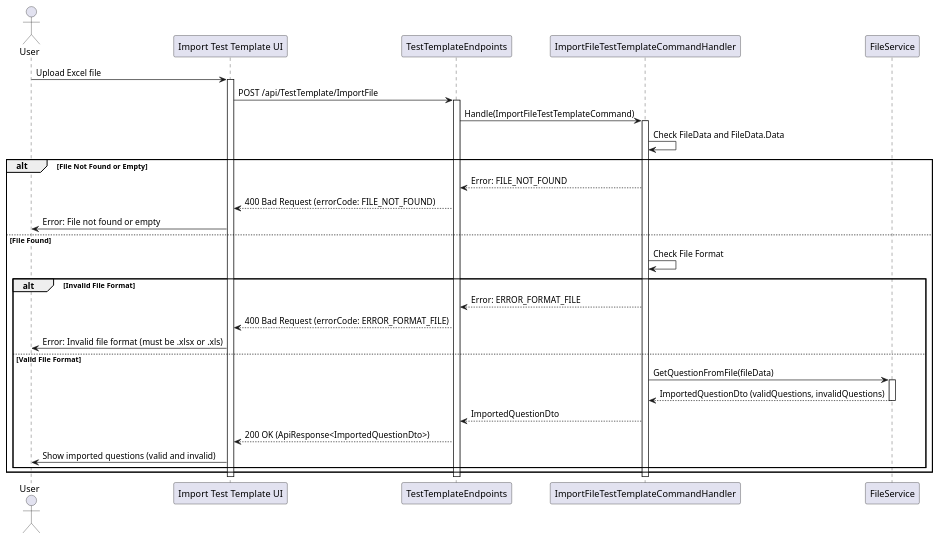
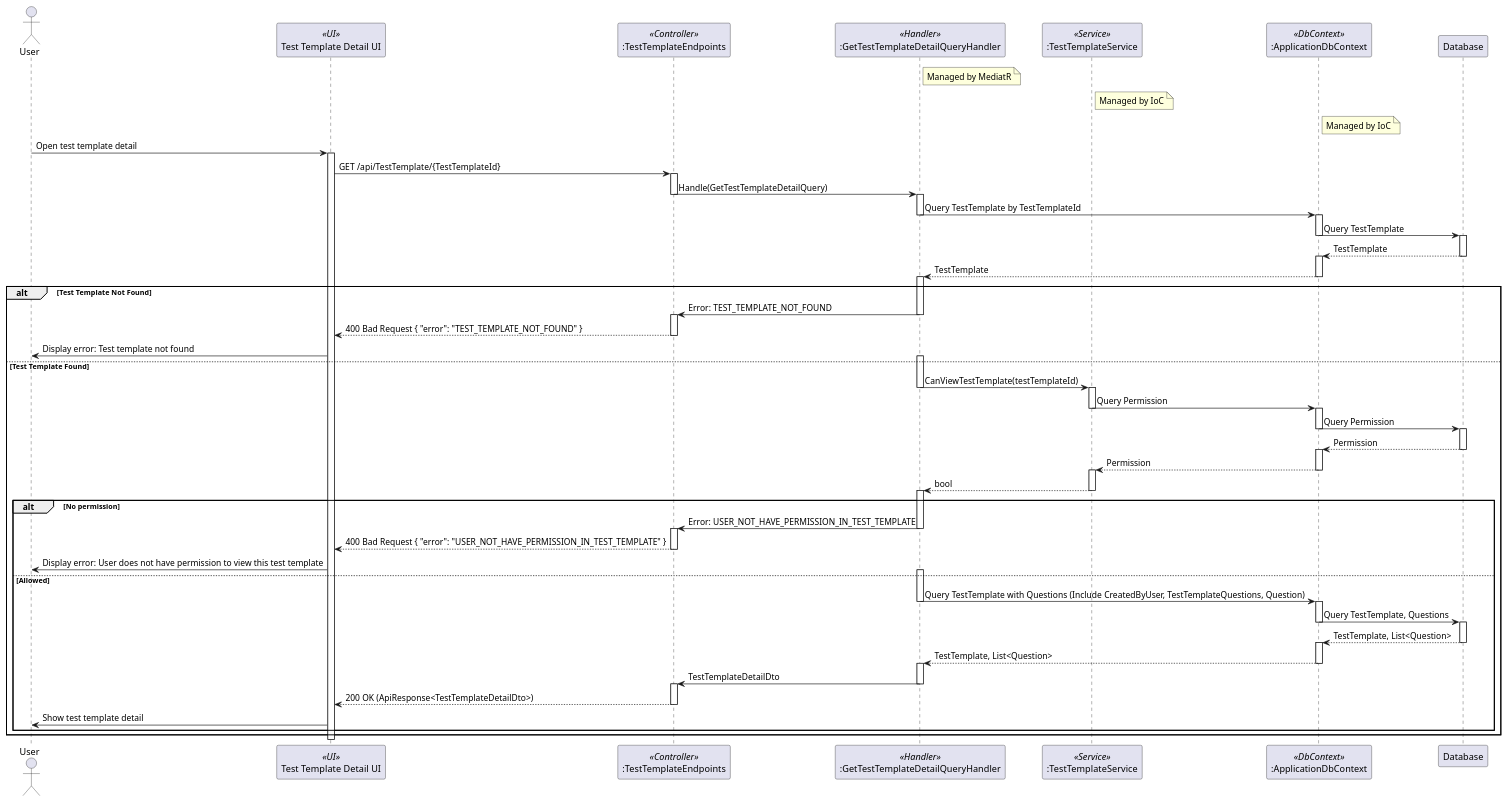
One commit to thanhkhac/SEP_Diagram changed the diagram in TestTemplates/Sequence/ImportFileTestTemplateCommand.puml. Above: the diagram before and after it, drawn with PlantUML. The commit also changed 23 other files, not shown here.

Commit message:
Enhance sequence diagrams for QuestionSet and TestTemplate

```diff
--- a/TestTemplates/Sequence/ImportFileTestTemplateCommand.puml
+++ b/TestTemplates/Sequence/ImportFileTestTemplateCommand.puml
@@ -1,38 +1,99 @@
 @startuml
 actor User
-participant "Import Test Template UI" as UI
-participant TestTemplateEndpoints
-participant ImportFileTestTemplateCommandHandler as Handler
-participant FileService
+participant "Test Template Detail UI" as UI <<UI>>
+participant ":TestTemplateEndpoints" as TestTemplateEndpoints <<Controller>>
+participant ":GetTestTemplateDetailQueryHandler" as GetTestTemplateDetailQueryHandler <<Handler>>
+participant ":TestTemplateService" as TestTemplateService <<Service>>
+participant ":ApplicationDbContext" as ApplicationDbContext <<DbContext>>
+participant Database
 
-User -> UI : Upload Excel file
+note right of GetTestTemplateDetailQueryHandler
+  Managed by MediatR
+end note
+
+note right of TestTemplateService
+  Managed by IoC
+end note
+
+note right of ApplicationDbContext
+  Managed by IoC
+end note
+
+User -> UI : Open test template detail
 activate UI
-UI -> TestTemplateEndpoints : POST /api/TestTemplate/ImportFile
+UI -> TestTemplateEndpoints : GET /api/TestTemplate/{TestTemplateId}
 activate TestTemplateEndpoints
-TestTemplateEndpoints -> Handler : Handle(ImportFileTestTemplateCommand)
-activate Handler
-Handler -> Handler : Check FileData and FileData.Data
-alt File Not Found or Empty
-    Handler --> TestTemplateEndpoints : Error: FILE_NOT_FOUND
-    TestTemplateEndpoints --> UI : 400 Bad Request (errorCode: FILE_NOT_FOUND)
-    UI -> User : Error: File not found or empty
-else File Found
-    Handler -> Handler : Check File Format
-    alt Invalid File Format
-        Handler --> TestTemplateEndpoints : Error: ERROR_FORMAT_FILE
-        TestTemplateEndpoints --> UI : 400 Bad Request (errorCode: ERROR_FORMAT_FILE)
-        UI -> User : Error: Invalid file format (must be .xlsx or .xls)
-    else Valid File Format
-        Handler -> FileService : GetQuestionFromFile(fileData)
-        activate FileService
-        FileService --> Handler : ImportedQuestionDto (validQuestions, invalidQuestions)
-        deactivate FileService
-        Handler --> TestTemplateEndpoints : ImportedQuestionDto
-        TestTemplateEndpoints --> UI : 200 OK (ApiResponse<ImportedQuestionDto>)
-        UI -> User : Show imported questions (valid and invalid)
+TestTemplateEndpoints -> GetTestTemplateDetailQueryHandler : Handle(GetTestTemplateDetailQuery)
+deactivate TestTemplateEndpoints
+activate GetTestTemplateDetailQueryHandler
+GetTestTemplateDetailQueryHandler -> ApplicationDbContext : Query TestTemplate by TestTemplateId
+deactivate GetTestTemplateDetailQueryHandler
+activate ApplicationDbContext
+ApplicationDbContext -> Database : Query TestTemplate
+deactivate ApplicationDbContext
+activate Database
+Database --> ApplicationDbContext : TestTemplate
+deactivate Database
+activate ApplicationDbContext
+ApplicationDbContext --> GetTestTemplateDetailQueryHandler : TestTemplate
+deactivate ApplicationDbContext
+activate GetTestTemplateDetailQueryHandler
+alt Test Template Not Found
+    GetTestTemplateDetailQueryHandler -> TestTemplateEndpoints : Error: TEST_TEMPLATE_NOT_FOUND
+    deactivate GetTestTemplateDetailQueryHandler
+    activate TestTemplateEndpoints
+    TestTemplateEndpoints --> UI : 400 Bad Request { "error": "TEST_TEMPLATE_NOT_FOUND" }
+    deactivate TestTemplateEndpoints
+    UI -> User : Display error: Test template not found
+else Test Template Found
+    activate GetTestTemplateDetailQueryHandler
+    GetTestTemplateDetailQueryHandler -> TestTemplateService : CanViewTestTemplate(testTemplateId)
+    deactivate GetTestTemplateDetailQueryHandler
+    activate TestTemplateService
+    TestTemplateService -> ApplicationDbContext : Query Permission
+    deactivate TestTemplateService
+    activate ApplicationDbContext
+    ApplicationDbContext -> Database : Query Permission
+    deactivate ApplicationDbContext
+    activate Database
+    Database --> ApplicationDbContext : Permission
+    deactivate Database
+    activate ApplicationDbContext
+    ApplicationDbContext --> TestTemplateService : Permission
+    deactivate ApplicationDbContext
+    activate TestTemplateService
+    TestTemplateService --> GetTestTemplateDetailQueryHandler : bool
+    deactivate TestTemplateService
+    activate GetTestTemplateDetailQueryHandler
+    alt No permission
+        GetTestTemplateDetailQueryHandler -> TestTemplateEndpoints : Error: USER_NOT_HAVE_PERMISSION_IN_TEST_TEMPLATE
+        deactivate GetTestTemplateDetailQueryHandler
+        activate TestTemplateEndpoints
+        TestTemplateEndpoints --> UI : 400 Bad Request { "error": "USER_NOT_HAVE_PERMISSION_IN_TEST_TEMPLATE" }
+        deactivate TestTemplateEndpoints
+        UI -> User : Display error: User does not have permission to view this test template
+    else Allowed
+        activate GetTestTemplateDetailQueryHandler
+        GetTestTemplateDetailQueryHandler -> ApplicationDbContext : Query TestTemplate with Questions (Include CreatedByUser, TestTemplateQuestions, Question)
+        deactivate GetTestTemplateDetailQueryHandler
+        activate ApplicationDbContext
+        ApplicationDbContext -> Database : Query TestTemplate, Questions
+        deactivate ApplicationDbContext
+        activate Database
+        Database --> ApplicationDbContext : TestTemplate, List<Question>
+        deactivate Database
+        activate ApplicationDbContext
+        ApplicationDbContext --> GetTestTemplateDetailQueryHandler : TestTemplate, List<Question>
+        deactivate ApplicationDbContext
+        activate GetTestTemplateDetailQueryHandler
+        GetTestTemplateDetailQueryHandler -> TestTemplateEndpoints : TestTemplateDetailDto
+        deactivate GetTestTemplateDetailQueryHandler
+        activate TestTemplateEndpoints
+        TestTemplateEndpoints --> UI : 200 OK (ApiResponse<TestTemplateDetailDto>)
+        deactivate TestTemplateEndpoints
+        UI -> User : Show test template detail
     end
 end
-deactivate Handler
-deactivate TestTemplateEndpoints
 deactivate UI
+
 @enduml
```
